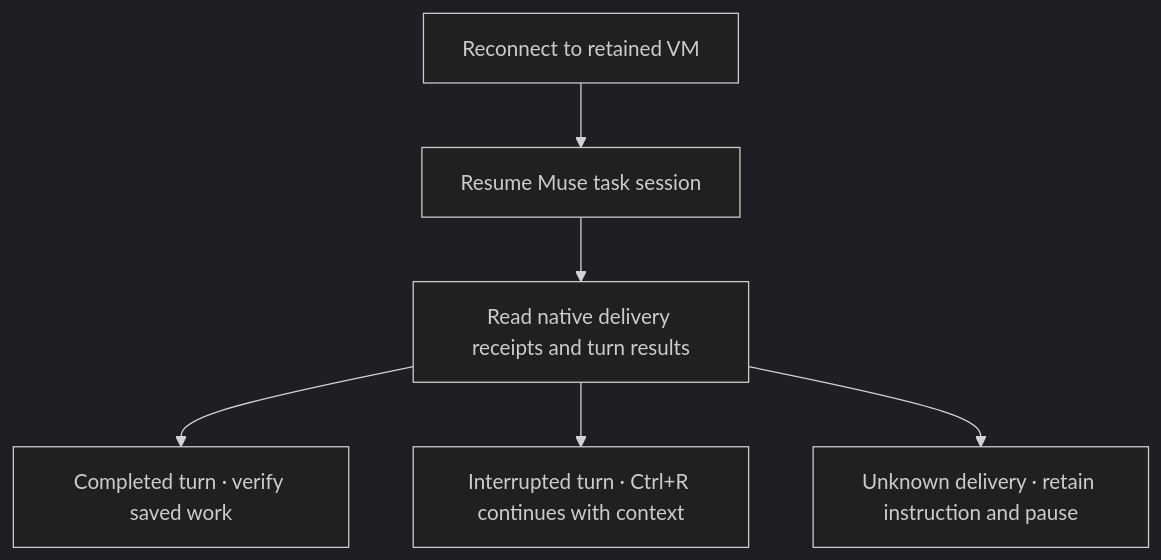
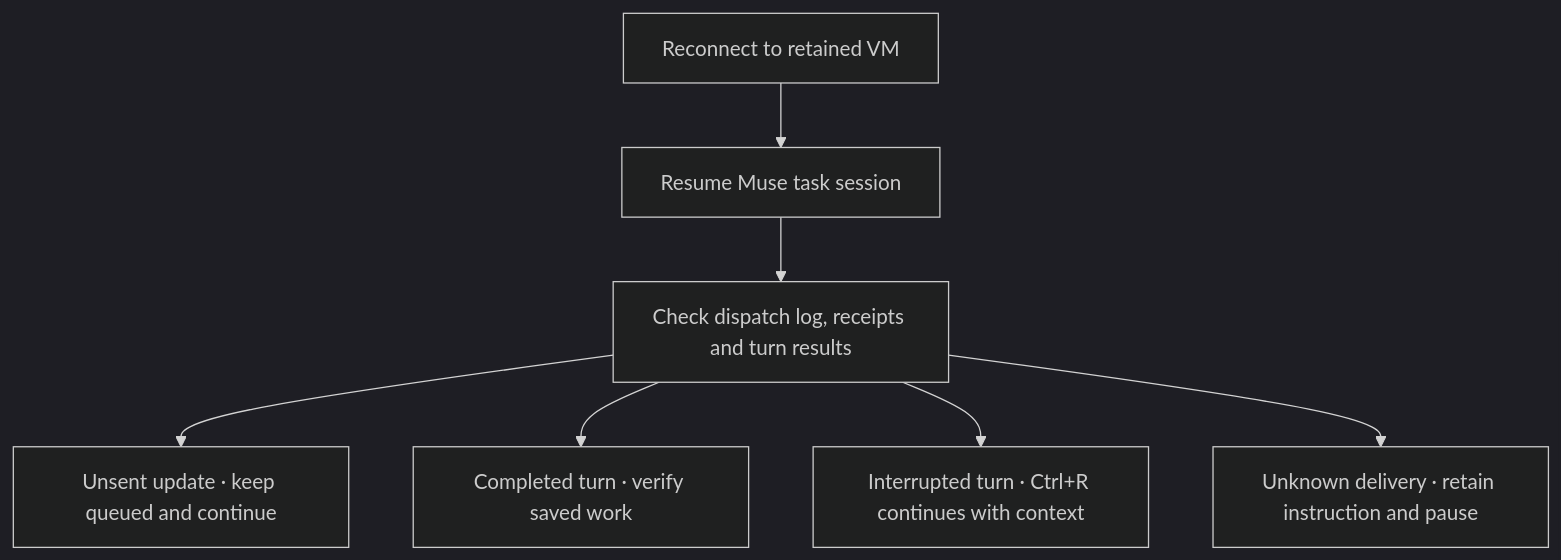
Before and after one commit to minimumeffort-dev/sprowt.harness: the fourth of 4 diagrams in docs/workers.md, drawn with Mermaid (dark theme). The commit also changed other lines of this file and 4 other files, not shown here.

````diff
--- a/docs/workers.md
+++ b/docs/workers.md
@@ -101,8 +101,9 @@
 ```mermaid
 flowchart TB
     reopen["Reconnect to retained VM"] --> resume["Resume Muse task session"]
-    resume --> receipts["Read native delivery receipts and turn results"]
+    resume --> receipts["Check dispatch log, receipts and turn results"]
+    receipts --> unsent["Unsent update · keep queued and continue"]
     receipts --> done["Completed turn · verify saved work"]
     receipts --> stopped["Interrupted turn · Ctrl+R continues with context"]
     receipts --> unknown["Unknown delivery · retain instruction and pause"]
 ```
````
